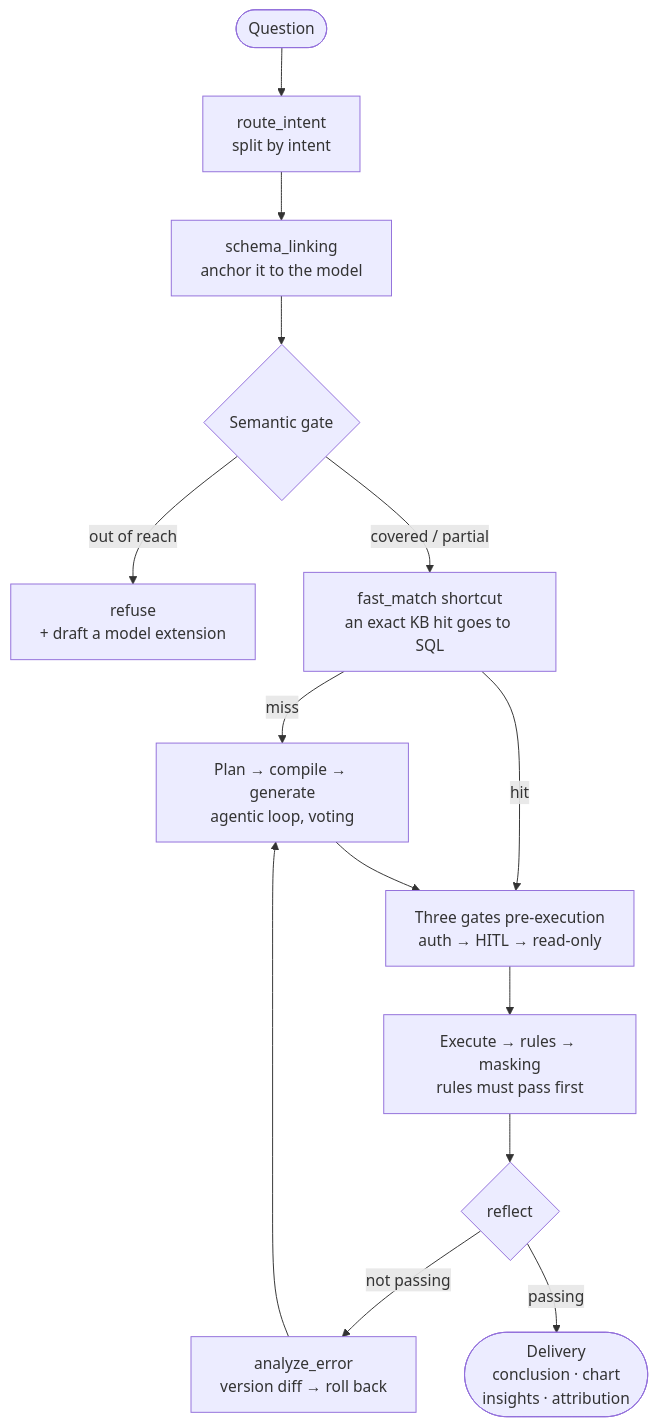
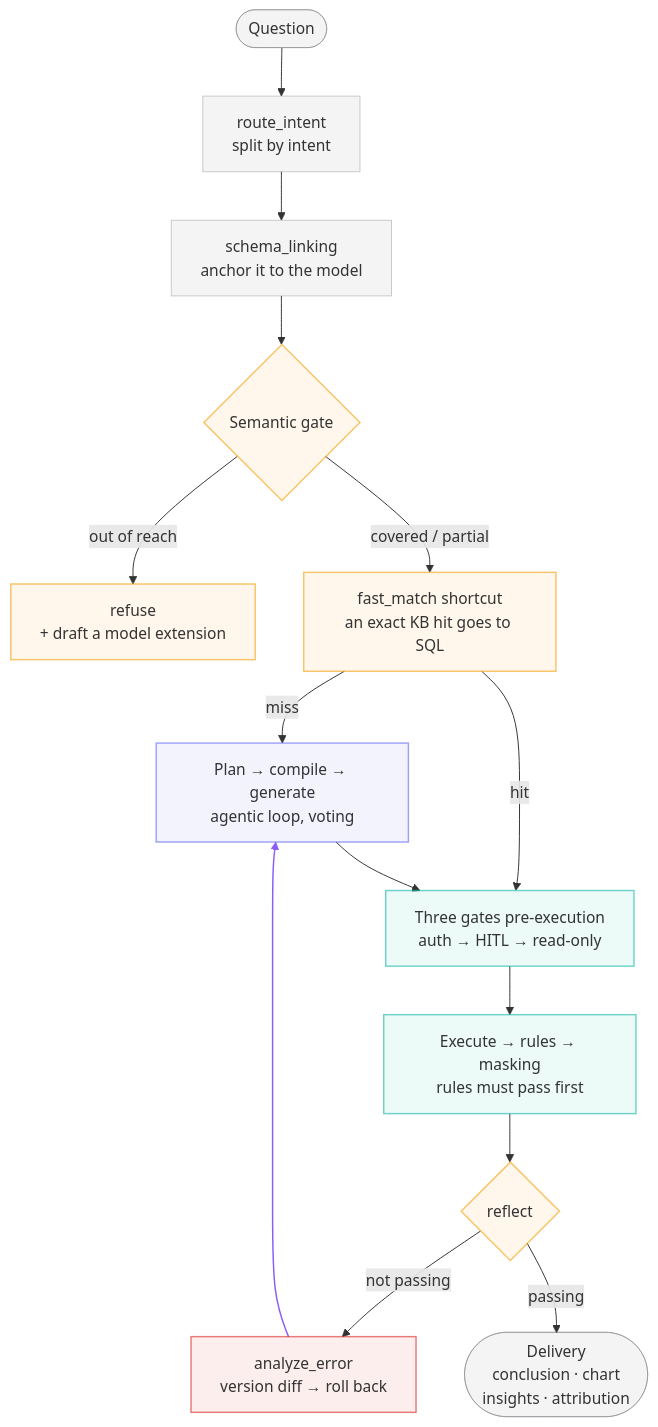
Before and after one commit to Nivane/trove: the second of 4 diagrams in README.en.md, drawn with Mermaid. The commit also changed other lines of this file and 5 other files, not shown here.

First line of the commit message:
docs(arch): 架构图专业视觉升级 —— 半透明分区/阶段配色 + 窄屏长 token 断行修复

````diff
--- a/README.en.md
+++ b/README.en.md
@@ -86,16 +98,24 @@
 ```mermaid
 flowchart TB
-    Q(["Question"]) --> ROUTE["route_intent<br/>split by intent"]
-    ROUTE --> SL["schema_linking<br/>anchor it to the model"]
-    SL --> GATE{"Semantic gate"}
-    GATE -->|"out of reach"| REFUSE["refuse<br/>+ draft a model extension"]
-    GATE -->|"covered / partial"| FAST["fast_match shortcut<br/>an exact KB hit goes to SQL"]
-    FAST -->|"miss"| GEN["Plan → compile → generate<br/>agentic loop, voting"]
-    FAST -->|"hit"| EXEC["Three gates pre-execution<br/>auth → HITL → read-only"]
+    %% Same stage palette as the architecture pages: routing/delivery zinc · gates amber ·
+    %% generation indigo · execution and validation teal · failure analysis red
+    Q(["Question"]):::entry --> ROUTE["route_intent<br/>split by intent"]:::entry
+    ROUTE --> SL["schema_linking<br/>anchor it to the model"]:::entry
+    SL --> GATE{"Semantic gate"}:::gate
+    GATE -->|"out of reach"| REFUSE["refuse<br/>+ draft a model extension"]:::gate
+    GATE -->|"covered / partial"| FAST["fast_match shortcut<br/>an exact KB hit goes to SQL"]:::gate
+    FAST -->|"miss"| GEN["Plan → compile → generate<br/>agentic loop, voting"]:::gen
+    FAST -->|"hit"| EXEC["Three gates pre-execution<br/>auth → HITL → read-only"]:::exec
     GEN --> EXEC
-    EXEC --> VAL["Execute → rules → masking<br/>rules must pass first"]
-    VAL --> RE{"reflect"}
-    RE -->|"not passing"| RB["analyze_error<br/>version diff → roll back"]
+    EXEC --> VAL["Execute → rules → masking<br/>rules must pass first"]:::exec
+    VAL --> RE{"reflect"}:::gate
+    RE -->|"not passing"| RB["analyze_error<br/>version diff → roll back"]:::err
     RB --> GEN
-    RE -->|"passing"| OUT(["Delivery<br/>conclusion · chart<br/>insights · attribution"])
+    RE -->|"passing"| OUT(["Delivery<br/>conclusion · chart<br/>insights · attribution"]):::entry
+    classDef entry fill:#71717a14,stroke:#71717a59,stroke-width:1px;
+    classDef gate fill:#f59e0b14,stroke:#f59e0b99,stroke-width:1.5px;
+    classDef gen fill:#6366f114,stroke:#6366f199,stroke-width:1.5px;
+    classDef exec fill:#14b8a614,stroke:#14b8a699,stroke-width:1.5px;
+    classDef err fill:#dc262614,stroke:#dc262699,stroke-width:1.5px;
+    linkStyle 11 stroke:#8b5cf6,stroke-width:1.5px
 ```
````
